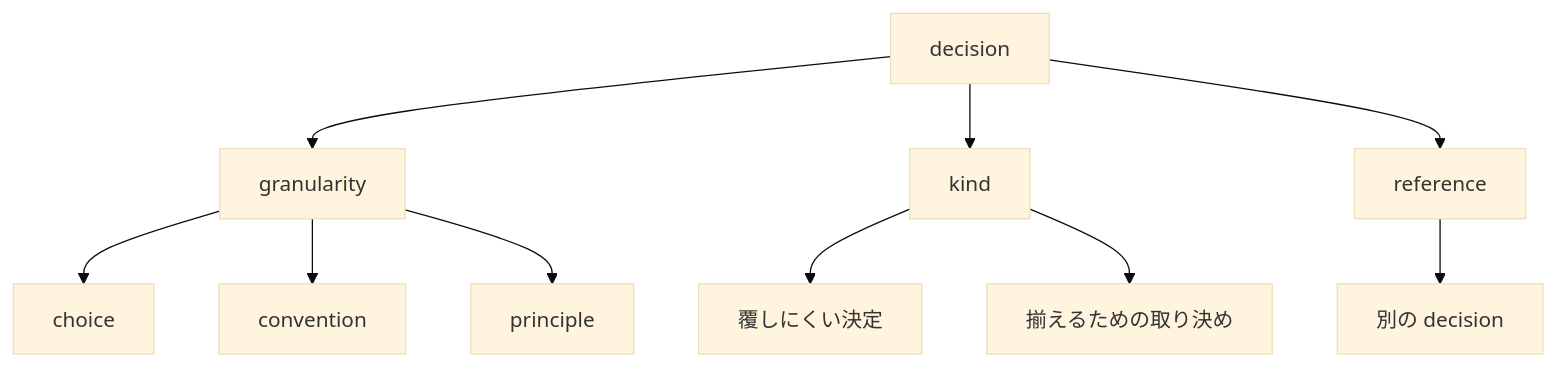
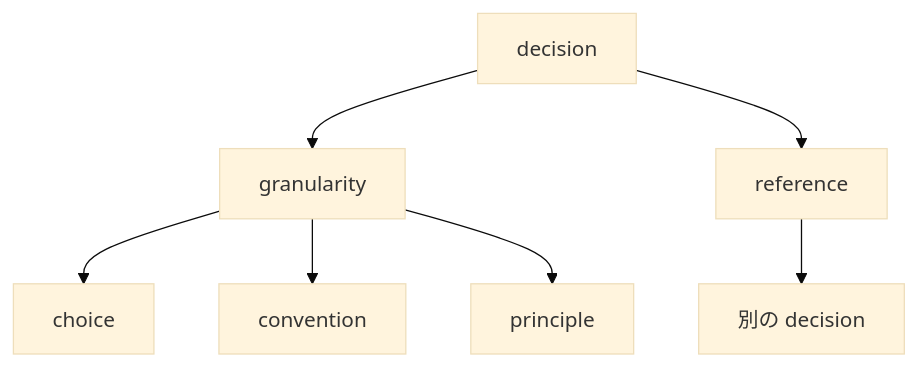
The diagram in docs/archivist/L3_structures/decision-attributes.md (gameundwatch/codifier), drawn with Mermaid (base theme) before and after one commit. The commit also changed other lines of this file and 5 other files, not shown here.

````diff
--- a/docs/archivist/L3_structures/decision-attributes.md
+++ b/docs/archivist/L3_structures/decision-attributes.md
@@ -9,13 +9,10 @@
 ```mermaid
 flowchart TD
     D[decision]
     D --> G[granularity]
-    D --> K[kind]
     D --> R[reference]
     G --> G1[choice]
     G --> G2[convention]
     G --> G3[principle]
-    K --> K1[覆しにくい決定]
-    K --> K2[揃えるための取り決め]
     R --> D2[別の decision]
 ```
````
